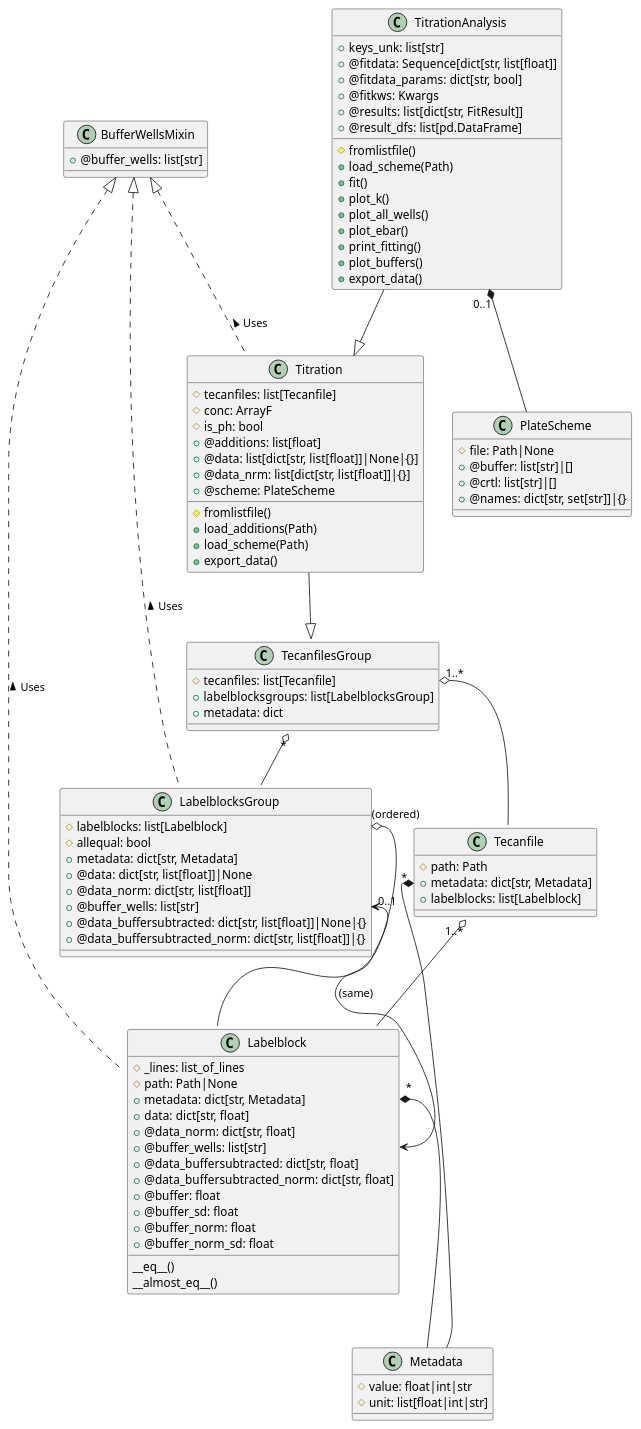
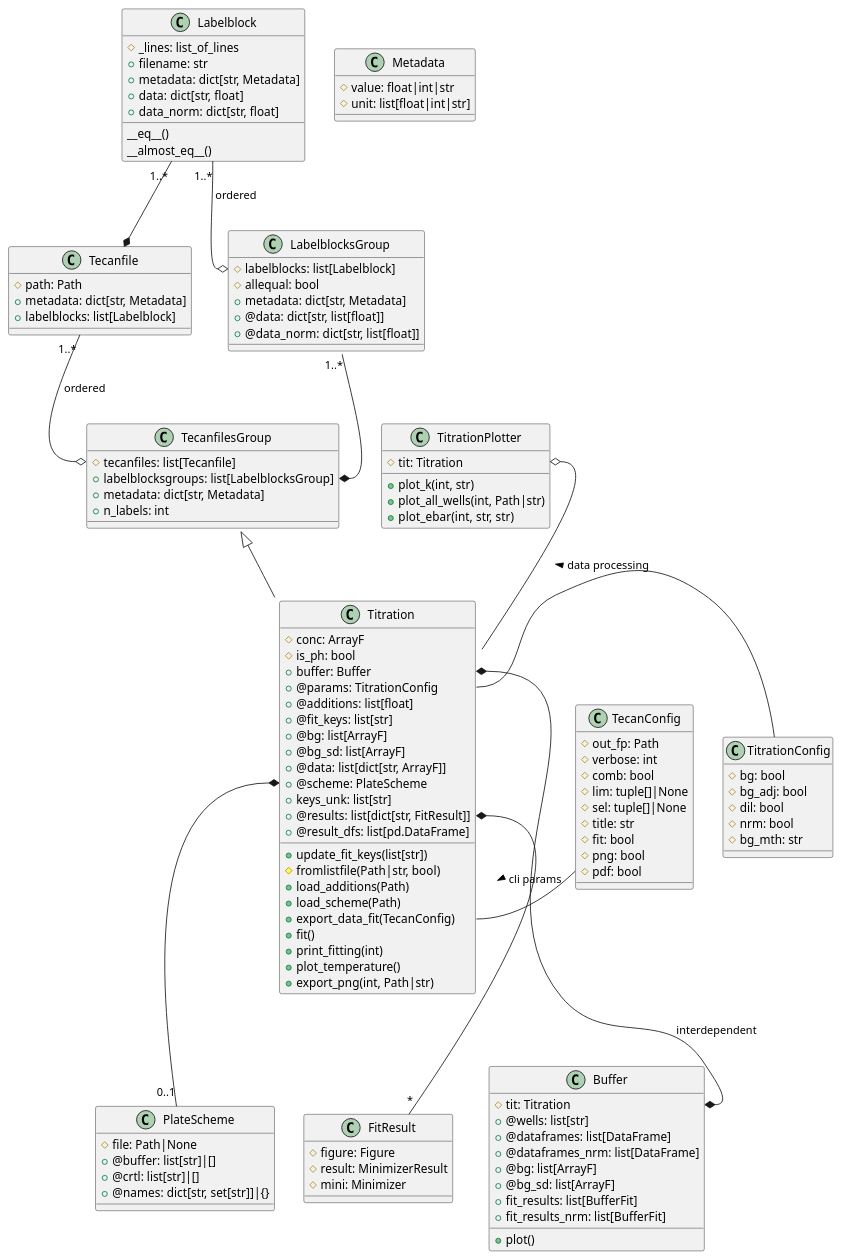
Before and after one commit to darosio/ClopHfit: the diagram in docs/references/prtecan.uml.rst, drawn with PlantUML. The commit also changed other lines of this file and 2 other files, not shown here.

Commit message:
feat(tecan): Buffer plot display fit result

```diff
--- a/docs/references/prtecan.uml.rst
+++ b/docs/references/prtecan.uml.rst
@@ -1,44 +1,18 @@
 .. uml::
-
-   class BufferWellsMixin {
-     +@buffer_wells: list[str]
-   }
-
-   Labelblock .up.|> BufferWellsMixin : Uses >
-   LabelblocksGroup .up.|> BufferWellsMixin : Uses >
-   Titration .up.|> BufferWellsMixin : Uses >
-
-   class Labelblock{
-     #_lines: list_of_lines
-	 #path: Path|None
-     +metadata: dict[str, Metadata]
-     +data: dict[str, float]
-     +@data_norm: dict[str, float]
-	 +@buffer_wells: list[str]
-     +@data_buffersubtracted: dict[str, float]
-     +@data_buffersubtracted_norm: dict[str, float]
-	 +@buffer: float
-	 +@buffer_sd: float
-	 +@buffer_norm: float
-	 +@buffer_norm_sd: float
-	 __eq__()
-     __almost_eq__()
-   }
-
-   class LabelblocksGroup{
-     #labelblocks: list[Labelblock]
-	 #allequal: bool
-	 +metadata: dict[str, Metadata]
-	 +@data: dict[str, list[float]]|None
-     +@data_norm: dict[str, list[float]]
-	 +@buffer_wells: list[str]
-     +@data_buffersubtracted: dict[str, list[float]]|None|{}
-     +@data_buffersubtracted_norm: dict[str, list[float]]|{}
-   }
 
    class Metadata{
      #value: float|int|str
 	 #unit: list[float|int|str]
+   }
+
+   class Labelblock{
+     #_lines: list_of_lines
+	 +filename: str
+     +metadata: dict[str, Metadata]
+     +data: dict[str, float]
+     +data_norm: dict[str, float]
+	 __eq__()
+     __almost_eq__()
    }
 
    class Tecanfile{
@@ -47,38 +21,22 @@
 	 +labelblocks: list[Labelblock]
    }
 
-   Tecanfile "1..*" o-- Labelblock
-   Tecanfile::metadata "*" *-- Metadata
-   Labelblock::metadata "*" *-- Metadata
+   class LabelblocksGroup{
+     #labelblocks: list[Labelblock]
+	 #allequal: bool
+	 +metadata: dict[str, Metadata]
+	 +@data: dict[str, list[float]]
+     +@data_norm: dict[str, list[float]]
+   }
 
-
-   LabelblocksGroup::labelblocks "(ordered)" o-- Labelblock
-   LabelblocksGroup::buffer_wells "0..1" <--> Labelblock::buffer_wells : (same)
 
    class TecanfilesGroup{
      #tecanfiles: list[Tecanfile]
 	 +labelblocksgroups: list[LabelblocksGroup]
-	 +metadata: dict
+	 +metadata: dict[str, Metadata]
+     +n_labels: int
    }
 
-   TecanfilesGroup "*" o-- LabelblocksGroup
-   TecanfilesGroup::tecanfiles "1..*" o-- Tecanfile
-
-   class Titration{
-     #tecanfiles: list[Tecanfile]
-     #conc: ArrayF
-     #is_ph: bool
-	 #fromlistfile()
-	 +@additions: list[float]
-	 +load_additions(Path)
-	 +@data: list[dict[str, list[float]]|None|{}]
-	 +@data_nrm: list[dict[str, list[float]]|{}]
-	 +@scheme: PlateScheme
-	 +load_scheme(Path)
-	 +export_data()
-   }
-
-   Titration --|> TecanfilesGroup
 
    class PlateScheme{
      #file: Path|None
@@ -87,23 +45,90 @@
 	 +@names: dict[str, set[str]]|{}
    }
 
-   class TitrationAnalysis{
+   class TitrationConfig{
+     #bg: bool
+     #bg_adj: bool
+     #dil: bool
+     #nrm: bool
+     #bg_mth: str
+   }
+
+   class FitResult{
+     #figure: Figure
+     #result: MinimizerResult
+     #mini: Minimizer
+   }
+
+   class TecanConfig{
+     #out_fp: Path
+     #verbose: int
+     #comb: bool
+     #lim: tuple[]|None
+     #sel: tuple[]|None
+     #title: str
+     #fit: bool
+     #png: bool
+     #pdf: bool
+   }
+
+   class Buffer{
+     #tit: Titration
+     +@wells: list[str]
+     +@dataframes: list[DataFrame]
+     +@dataframes_nrm: list[DataFrame]
+     +@bg: list[ArrayF]
+     +@bg_sd: list[ArrayF]
+     +fit_results: list[BufferFit]
+     +fit_results_nrm: list[BufferFit]
+	 +plot()
+   }
+
+   class Titration{
+     #conc: ArrayF
+     #is_ph: bool
+     +buffer: Buffer
+     +@params: TitrationConfig
+	 +@additions: list[float]
+     +@fit_keys: list[str]
+     +@bg: list[ArrayF]
+     +@bg_sd: list[ArrayF]
+	 +@data: list[dict[str, ArrayF]]
+	 +@scheme: PlateScheme
      +keys_unk: list[str]
-	 #fromlistfile()
-     +@fitdata: Sequence[dict[str, list[float]]
-     +@fitdata_params: dict[str, bool]
-     +@fitkws: Kwargs
      +@results: list[dict[str, FitResult]]
      +@result_dfs: list[pd.DataFrame]
+
+	 +update_fit_keys(list[str])
+	 #fromlistfile(Path|str, bool)
+     +load_additions(Path)
 	 +load_scheme(Path)
+   	 +export_data_fit(TecanConfig)
 	 +fit()
-	 +plot_k()
-	 +plot_all_wells()
-	 +plot_ebar()
-	 +print_fitting()
-	 +plot_buffers()
-	 +export_data()
+	 +print_fitting(int)
+	 +plot_temperature()
+	 +export_png(int, Path|str)
    }
 
-   TitrationAnalysis --|> Titration
-   TitrationAnalysis "0..1" *-- PlateScheme
+   class TitrationPlotter{
+     #tit: Titration
+	 +plot_k(int, str)
+	 +plot_all_wells(int, Path|str)
+	 +plot_ebar(int, str, str)
+   }
+
+
+   Labelblock  "1..*" --*  Tecanfile
+   Labelblock  "1..*" --o  LabelblocksGroup::labelblocks : ordered
+   Tecanfile  "1..*" --o  TecanfilesGroup::tecanfiles : ordered
+
+   LabelblocksGroup  "1..*" --*  TecanfilesGroup::labelblocksgroups
+
+   TecanfilesGroup  <|--  Titration
+
+   Titration::buffer  *--*  Buffer::tit : interdependent
+   Titration::scheme  *-- "0..1"  PlateScheme
+   Titration::results  *-- "*"  FitResult
+   Titration::params  -  TitrationConfig : data processing <
+      Titration::export_data_fit  -  TecanConfig : cli params <
+
+   TitrationPlotter::tit  o--  Titration
```
